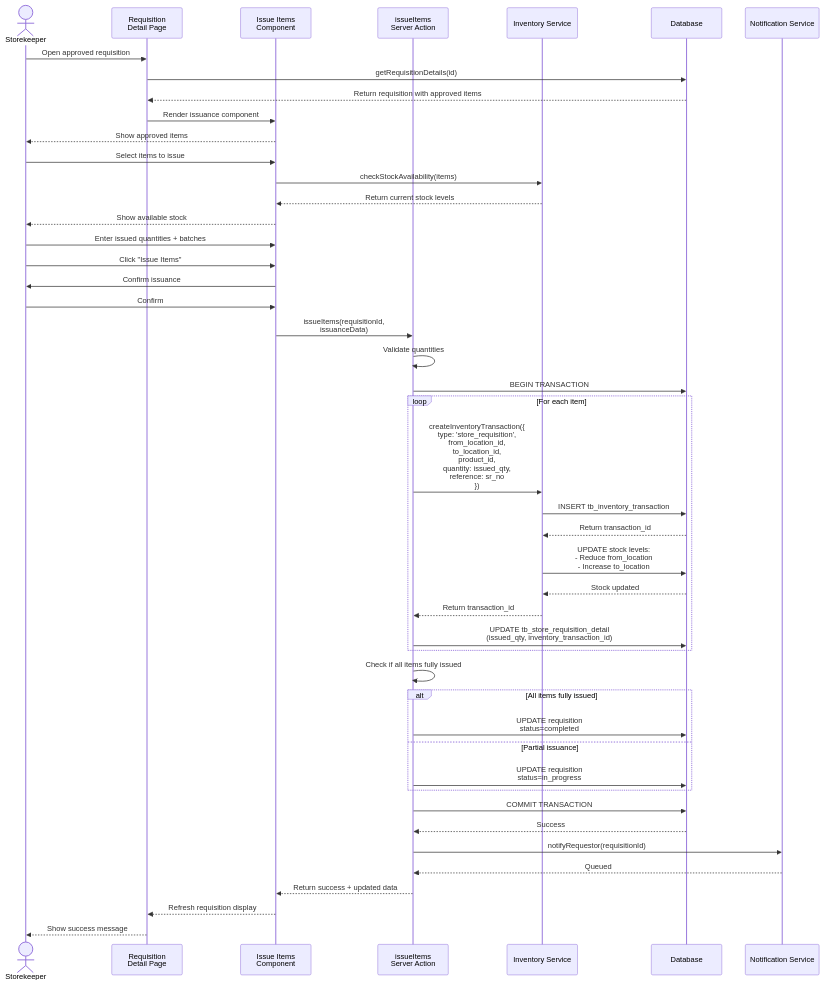
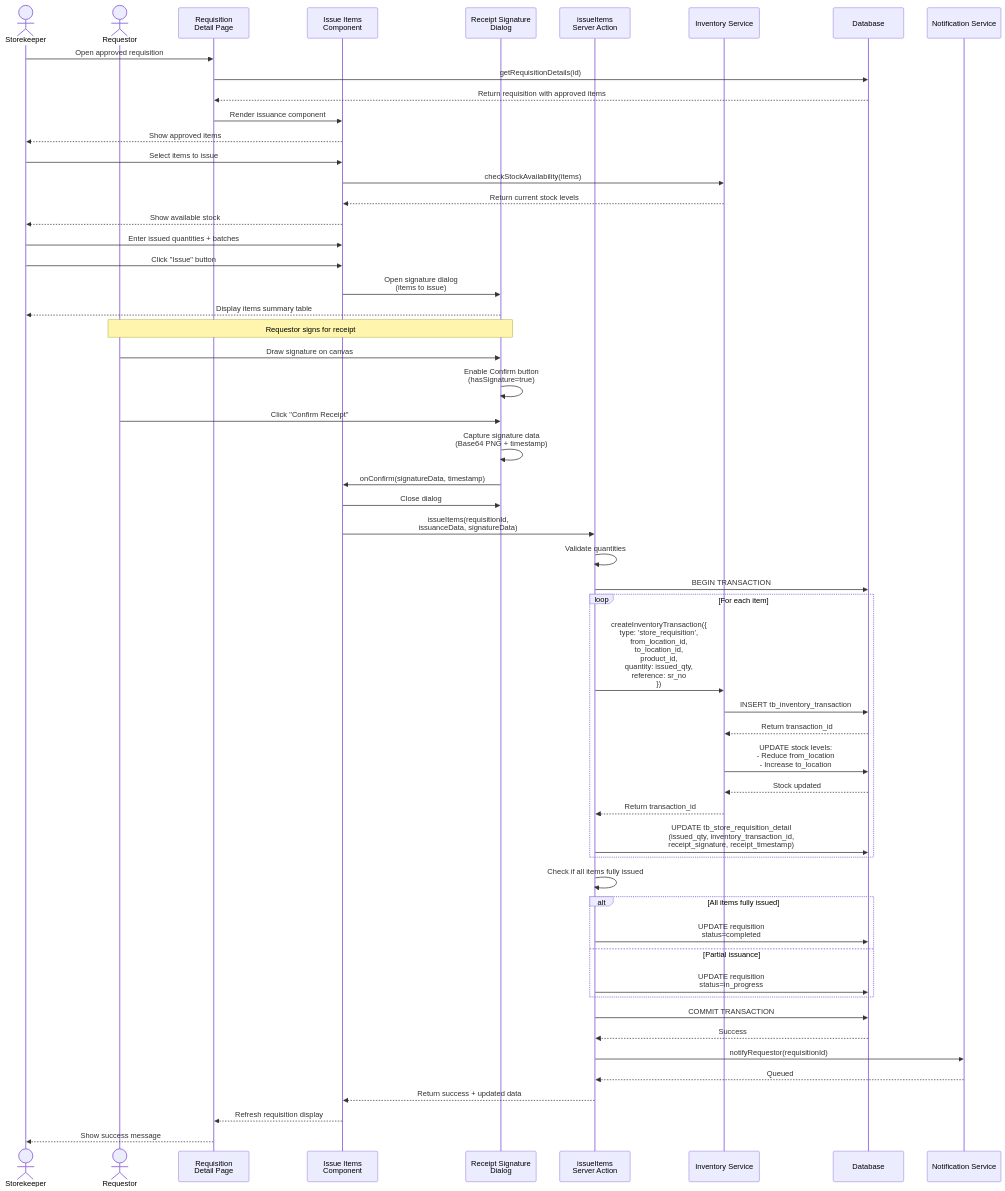
The tenth of 15 diagrams in docs/app/store-operations/store-requisitions/FD-store-requisitions.md (PeakMNA/carmen), drawn with Mermaid before and after one commit. The commit also changed other lines of this file and 25 other files, not shown here.

Commit message:
feat: Implement receipt signature for store requisitions and add new UI components for credit notes and purchase orders.

````diff
--- a/docs/app/store-operations/store-requisitions/FD-store-requisitions.md
+++ b/docs/app/store-operations/store-requisitions/FD-store-requisitions.md
@@ -825,64 +857,75 @@
 ```mermaid
 sequenceDiagram
     actor Storekeeper
+    actor Requestor
     participant UI as Requisition<br>Detail Page
     participant IssueComp as Issue Items<br>Component
+    participant SignDialog as Receipt Signature<br>Dialog
     participant ServerAction as issueItems<br>Server Action
     participant InvService as Inventory Service
     participant DB as Database
     participant NotifSvc as Notification Service
 
     Storekeeper->>UI: Open approved requisition
     UI->>DB: getRequisitionDetails(id)
     DB-->>UI: Return requisition with approved items
     UI->>IssueComp: Render issuance component
     IssueComp-->>Storekeeper: Show approved items
 
     Storekeeper->>IssueComp: Select items to issue
     IssueComp->>InvService: checkStockAvailability(items)
     InvService-->>IssueComp: Return current stock levels
     IssueComp-->>Storekeeper: Show available stock
 
     Storekeeper->>IssueComp: Enter issued quantities + batches
-    Storekeeper->>IssueComp: Click "Issue Items"
-    IssueComp->>Storekeeper: Confirm issuance
+    Storekeeper->>IssueComp: Click "Issue" button
+    IssueComp->>SignDialog: Open signature dialog<br>(items to issue)
+    SignDialog-->>Storekeeper: Display items summary table
 
-    Storekeeper->>IssueComp: Confirm
-    IssueComp->>ServerAction: issueItems(requisitionId,<br>issuanceData)
+    Note over Requestor,SignDialog: Requestor signs for receipt
+
+    Requestor->>SignDialog: Draw signature on canvas
+    SignDialog->>SignDialog: Enable Confirm button<br>(hasSignature=true)
+    Requestor->>SignDialog: Click "Confirm Receipt"
+    SignDialog->>SignDialog: Capture signature data<br>(Base64 PNG + timestamp)
+    SignDialog->>IssueComp: onConfirm(signatureData, timestamp)
+    IssueComp->>SignDialog: Close dialog
+
+    IssueComp->>ServerAction: issueItems(requisitionId,<br>issuanceData, signatureData)
 
     ServerAction->>ServerAction: Validate quantities
     ServerAction->>DB: BEGIN TRANSACTION
 
     loop For each item
         ServerAction->>InvService: createInventoryTransaction({<br>type: 'store_requisition',<br>from_location_id,<br>to_location_id,<br>product_id,<br>quantity: issued_qty,<br>reference: sr_no<br>})
 
         InvService->>DB: INSERT tb_inventory_transaction
         DB-->>InvService: Return transaction_id
 
         InvService->>DB: UPDATE stock levels:<br>- Reduce from_location<br>- Increase to_location
         DB-->>InvService: Stock updated
 
         InvService-->>ServerAction: Return transaction_id
 
-        ServerAction->>DB: UPDATE tb_store_requisition_detail<br>(issued_qty, inventory_transaction_id)
+        ServerAction->>DB: UPDATE tb_store_requisition_detail<br>(issued_qty, inventory_transaction_id,<br>receipt_signature, receipt_timestamp)
     end
 
     ServerAction->>ServerAction: Check if all items fully issued
 
     alt All items fully issued
         ServerAction->>DB: UPDATE requisition<br>status=completed
     else Partial issuance
         ServerAction->>DB: UPDATE requisition<br>status=in_progress
     end
 
     ServerAction->>DB: COMMIT TRANSACTION
     DB-->>ServerAction: Success
 
     ServerAction->>NotifSvc: notifyRequestor(requisitionId)
     NotifSvc-->>ServerAction: Queued
 
     ServerAction-->>IssueComp: Return success + updated data
     IssueComp-->>UI: Refresh requisition display
     UI-->>Storekeeper: Show success message
 
 ```
````
